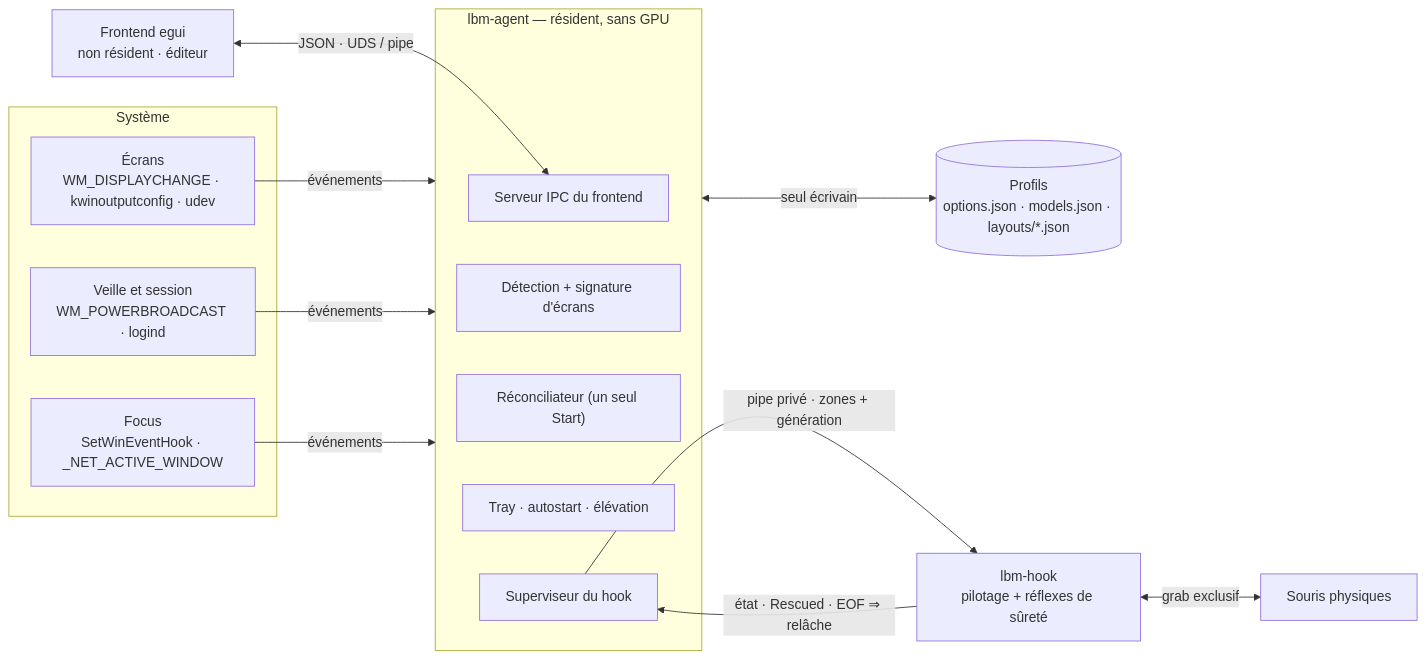
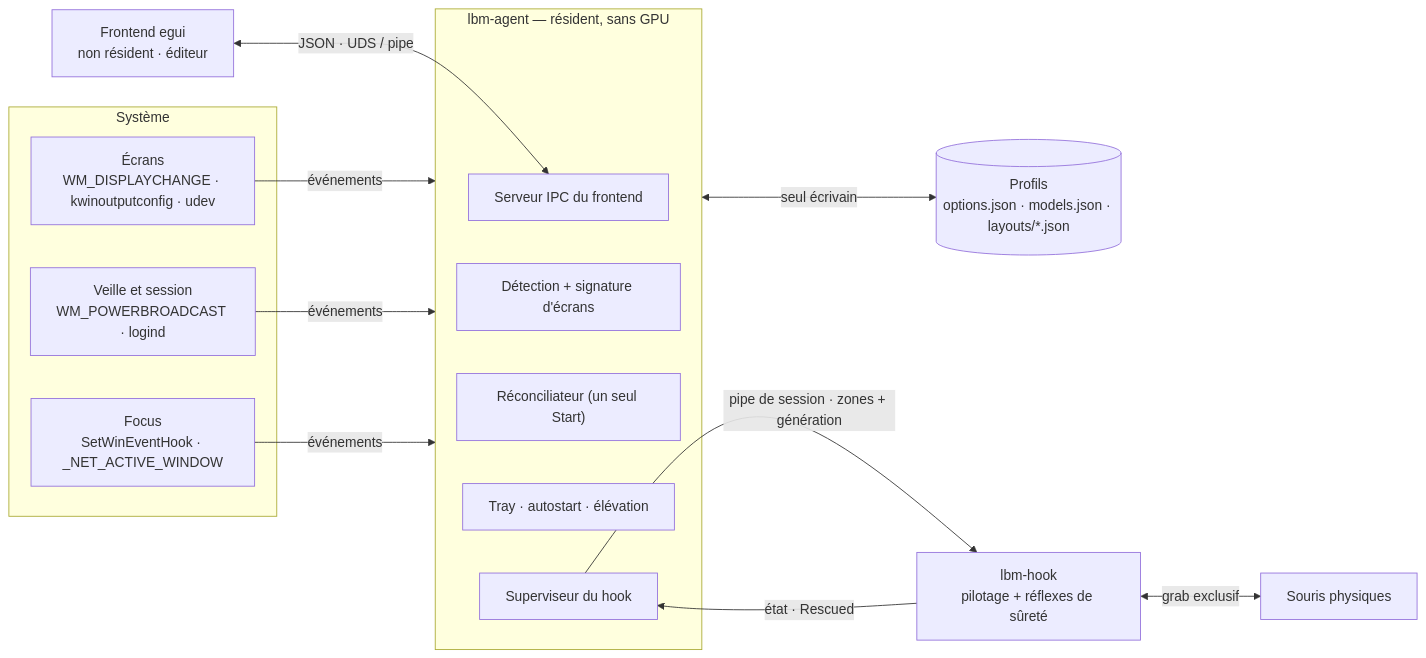
One commit to mgth/LittleBigMouse changed the first of 2 diagrams in docs/v6-architecture-plan.md. Above: the diagram before and after it, drawn with Mermaid. The commit also changed other lines of this file, not shown here.

````diff
--- a/docs/v6-architecture-plan.md
+++ b/docs/v6-architecture-plan.md
@@ -47,25 +48,25 @@
 ```mermaid
 flowchart LR
   subgraph SYS["Système"]
     E["Écrans<br/>WM_DISPLAYCHANGE · kwinoutputconfig · udev"]
     V["Veille et session<br/>WM_POWERBROADCAST · logind"]
     F["Focus<br/>SetWinEventHook · _NET_ACTIVE_WINDOW"]
   end
   S[("Profils<br/>options.json · models.json · layouts/*.json")]
   subgraph A["lbm-agent — résident, sans GPU"]
     A5["Serveur IPC du frontend"]
     A1["Détection + signature d'écrans"]
     A2["Réconciliateur (un seul Start)"]
     A4["Tray · autostart · élévation"]
     A3["Superviseur du hook"]
   end
   UI["Frontend egui<br/>non résident · éditeur"]
   H["lbm-hook<br/>pilotage + réflexes de sûreté"]
   M["Souris physiques"]
   E & V & F -- événements --> A
   A <-- "seul écrivain" --> S
   UI <-- "JSON · UDS / pipe" --> A5
-  A3 -- "pipe privé · zones + génération" --> H
-  H -- "état · Rescued · EOF ⇒ relâche" --> A3
+  A3 -- "pipe de session · zones + génération" --> H
+  H -- "état · Rescued" --> A3
   H <-- "grab exclusif" --> M
 ```
````
